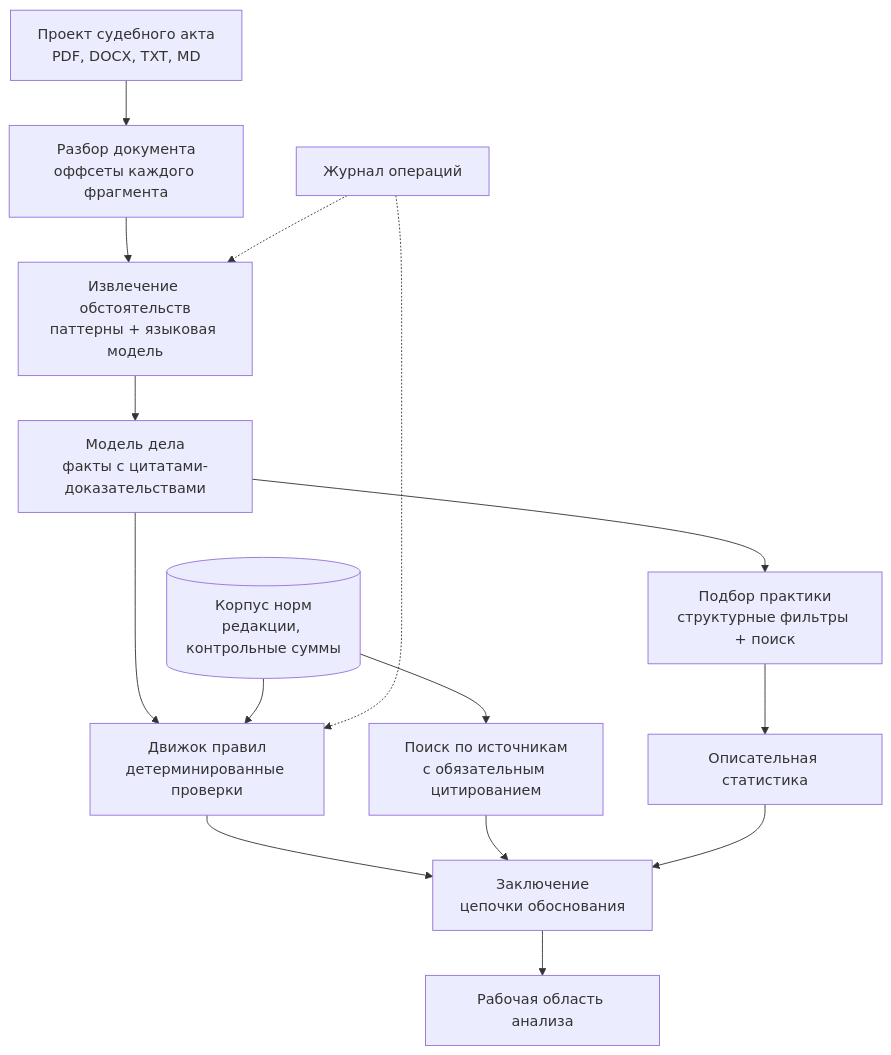
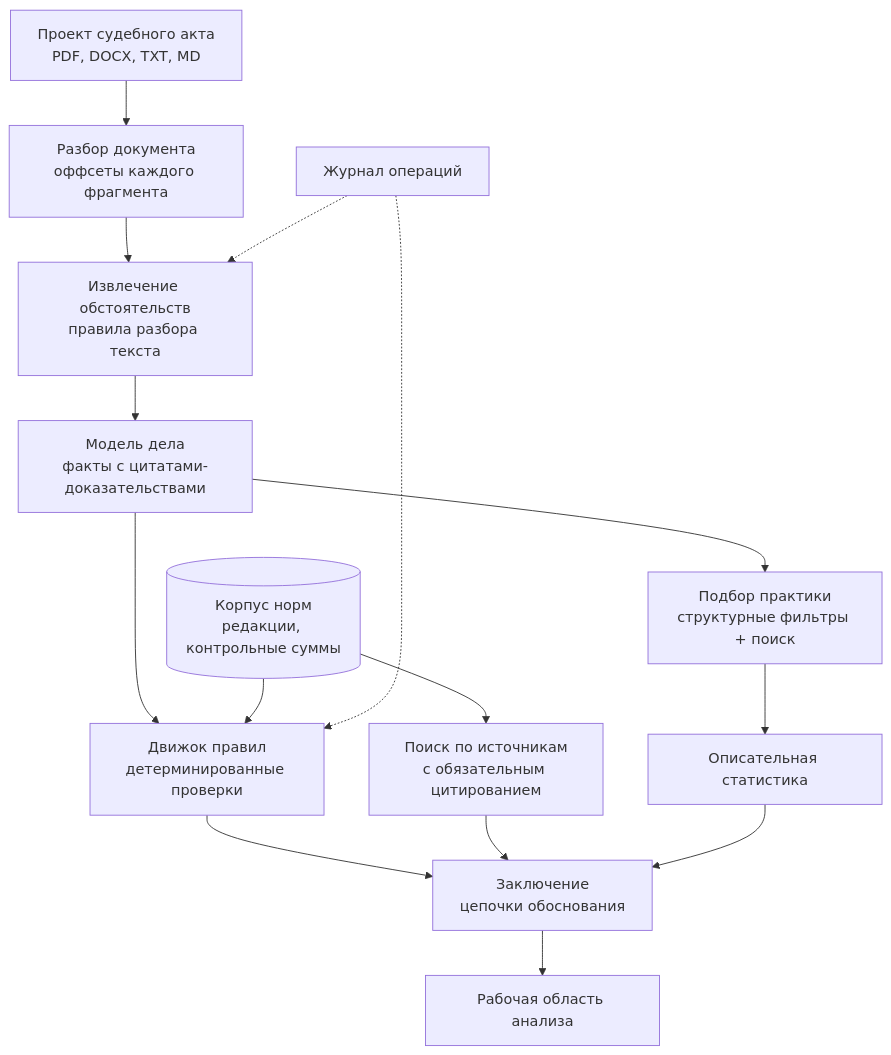
One commit to Timur-marii8st/yusticiia changed the diagram in docs/CONCEPT.md. Above: the diagram before and after it, drawn with Mermaid. The commit also changed other lines of this file and 4 other files, not shown here.

````diff
--- a/docs/CONCEPT.md
+++ b/docs/CONCEPT.md
@@ -125,17 +125,17 @@
 ```mermaid
 flowchart TD
     A[Проект судебного акта<br/>PDF, DOCX, TXT, MD] --> B[Разбор документа<br/>оффсеты каждого фрагмента]
-    B --> C[Извлечение обстоятельств<br/>паттерны + языковая модель]
+    B --> C[Извлечение обстоятельств<br/>правила разбора текста]
     C --> D[Модель дела<br/>факты с цитатами-доказательствами]
     D --> E[Движок правил<br/>детерминированные проверки]
     D --> F[Подбор практики<br/>структурные фильтры + поиск]
     G[(Корпус норм<br/>редакции, контрольные суммы)] --> E
     G --> H[Поиск по источникам<br/>с обязательным цитированием]
     F --> I[Описательная статистика]
     E --> J[Заключение<br/>цепочки обоснования]
     H --> J
     I --> J
     J --> K[Рабочая область анализа]
     L[Журнал операций] -.-> C
     L -.-> E
 ```
````
